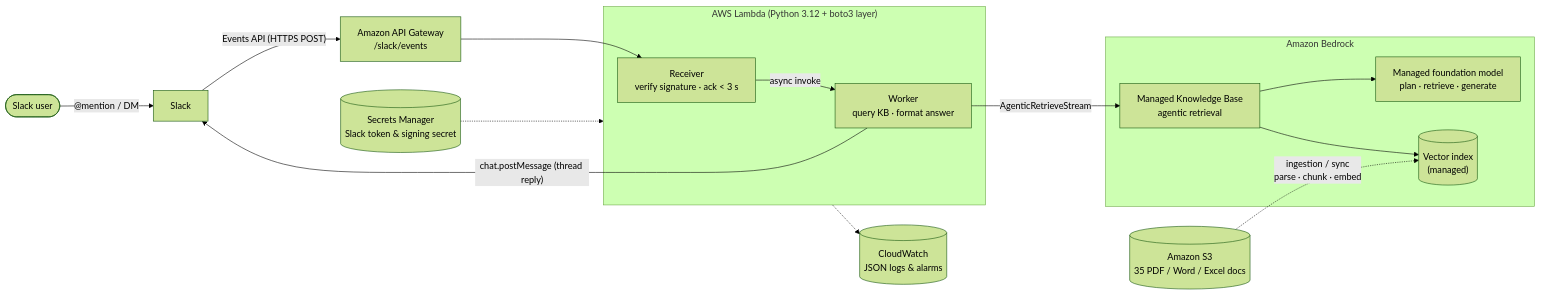
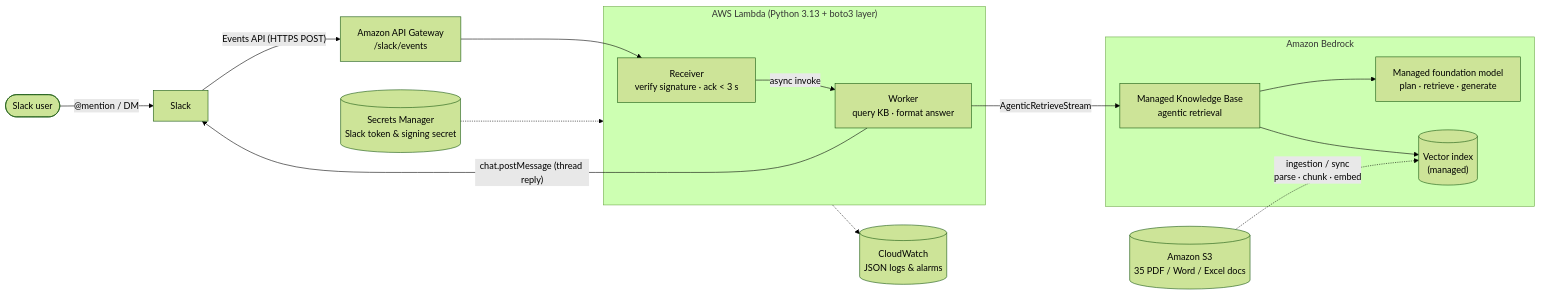
One commit to Hadi2468/bedrock-agentic-rag-slack-bot changed the first of 2 diagrams in README.md. Above: the diagram before and after it, drawn with Mermaid (forest theme). The commit also changed other lines of this file and 4 other files, not shown here.

Commit message:
Add assets folder and target the python3.13 Lambda runtime

````diff
--- a/README.md
+++ b/README.md
@@ -39,23 +39,23 @@
 ```mermaid
 flowchart LR
     U([Slack user]) -->|"@mention / DM"| S[Slack]
     S -->|"Events API (HTTPS POST)"| AG[Amazon API Gateway<br/>/slack/events]
     AG --> LR
 
-    subgraph L["AWS Lambda (Python 3.12 + boto3 layer)"]
+    subgraph L["AWS Lambda (Python 3.13 + boto3 layer)"]
         LR["Receiver<br/>verify signature · ack < 3 s"] -->|"async invoke"| LW["Worker<br/>query KB · format answer"]
     end
 
     LW -->|"AgenticRetrieveStream"| KB
 
     subgraph BR["Amazon Bedrock"]
         KB["Managed Knowledge Base<br/>agentic retrieval"] --> FM["Managed foundation model<br/>plan · retrieve · generate"]
         KB --> VS[("Vector index<br/>(managed)")]
     end
 
     S3[("Amazon S3<br/>35 PDF / Word / Excel docs")] -.->|"ingestion / sync<br/>parse · chunk · embed"| VS
 
     LW -->|"chat.postMessage (thread reply)"| S
     SM[(Secrets Manager<br/>Slack token & signing secret)] -.-> L
     L -.-> CW[(CloudWatch<br/>JSON logs & alarms)]
 ```
````
